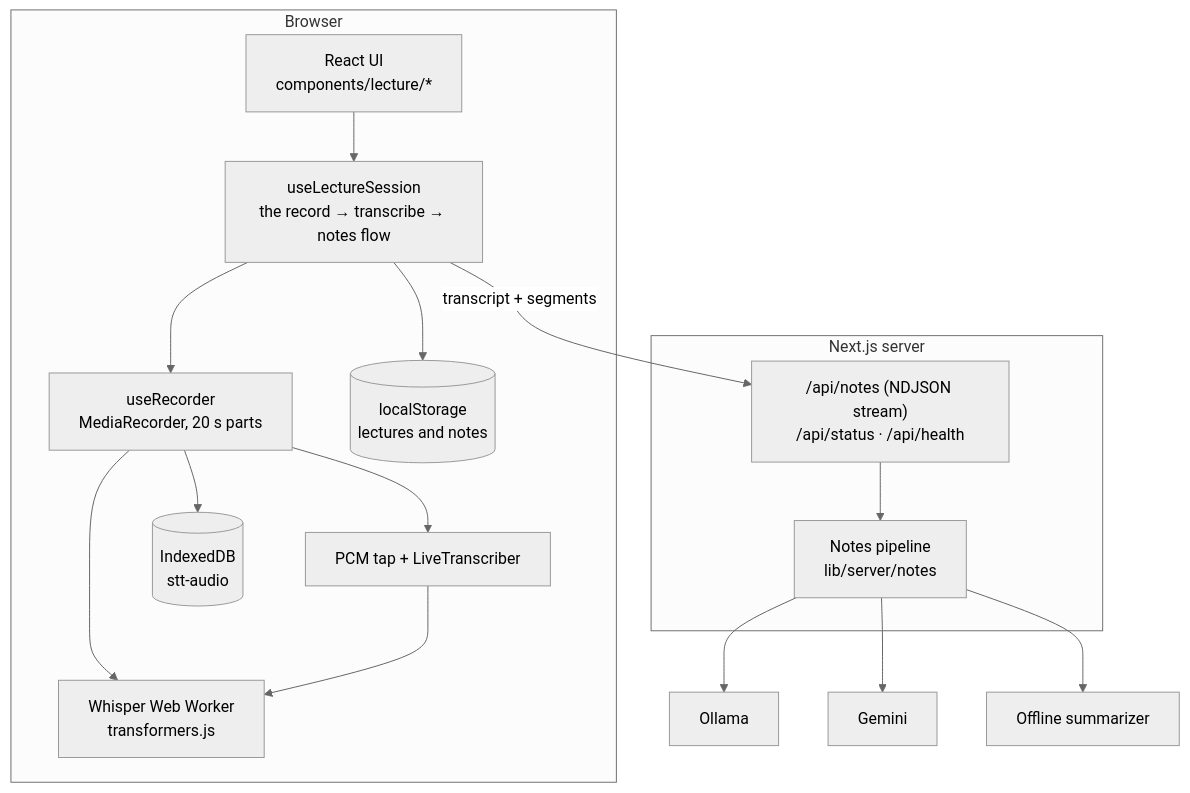
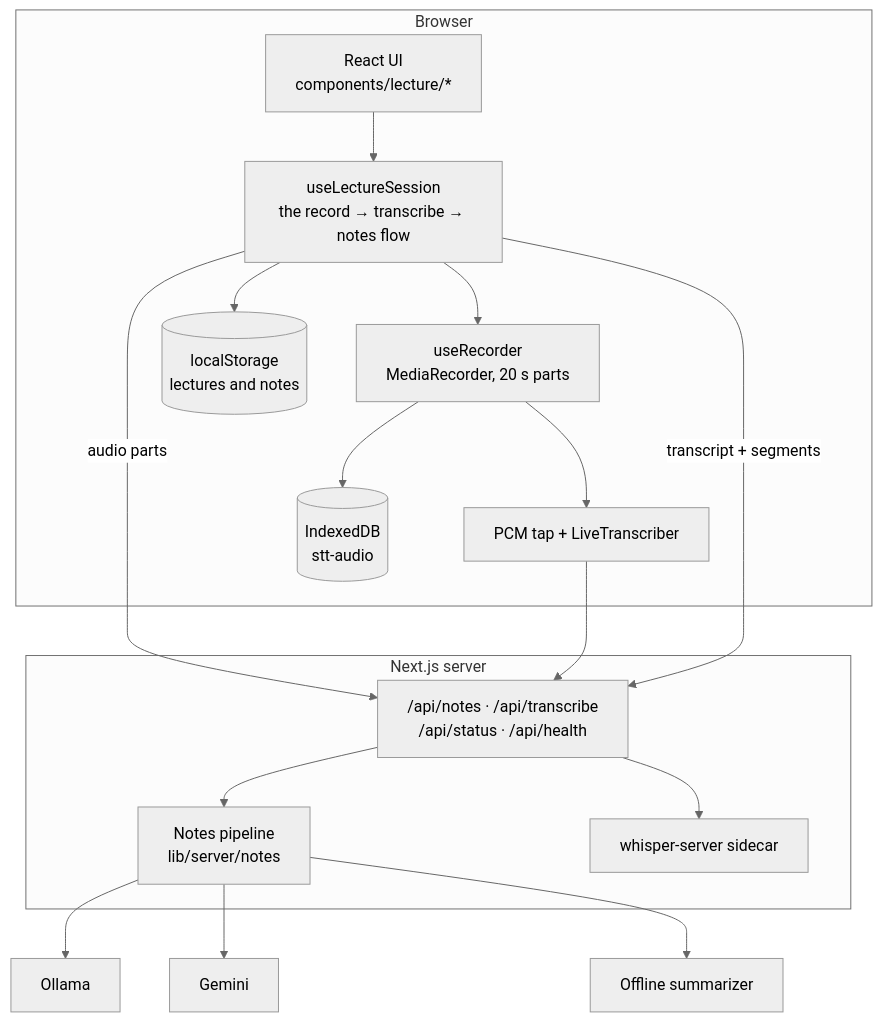
Before and after one commit to metaxylen/lectern: the diagram in docs/architecture.md, drawn with Mermaid (neutral theme). The commit also changed other lines of this file and 62 other files, not shown here.

First line of the commit message:
Ship dark studio UI, native Whisper turbo STT, and WAV audio export.

````diff
--- a/docs/architecture.md
+++ b/docs/architecture.md
@@ -6,28 +6,30 @@
 ```mermaid
 flowchart TB
   subgraph Browser
     UI[React UI<br/>components/lecture/*]
     S[useLectureSession<br/>the record → transcribe → notes flow]
     R[useRecorder<br/>MediaRecorder, 20 s parts]
     T[PCM tap + LiveTranscriber]
-    Wk[Whisper Web Worker<br/>transformers.js]
     IDB[(IndexedDB<br/>stt-audio)]
     LS[(localStorage<br/>lectures and notes)]
   end
   subgraph Server["Next.js server"]
-    API["/api/notes (NDJSON stream)<br/>/api/status · /api/health"]
+    API["/api/notes · /api/transcribe<br/>/api/status · /api/health"]
     P[Notes pipeline<br/>lib/server/notes]
+    STT[whisper-server sidecar]
   end
   O[Ollama]
   G[Gemini]
 
   UI --> S
   S --> R --> IDB
-  R --> Wk
-  R --> T --> Wk
+  R --> T
   S --> LS
+  S -->|audio parts| API
+  API --> STT
+  T --> API
   S -->|transcript + segments| API --> P
   P --> O
   P --> G
   P --> Off[Offline summarizer]
 ```
````
